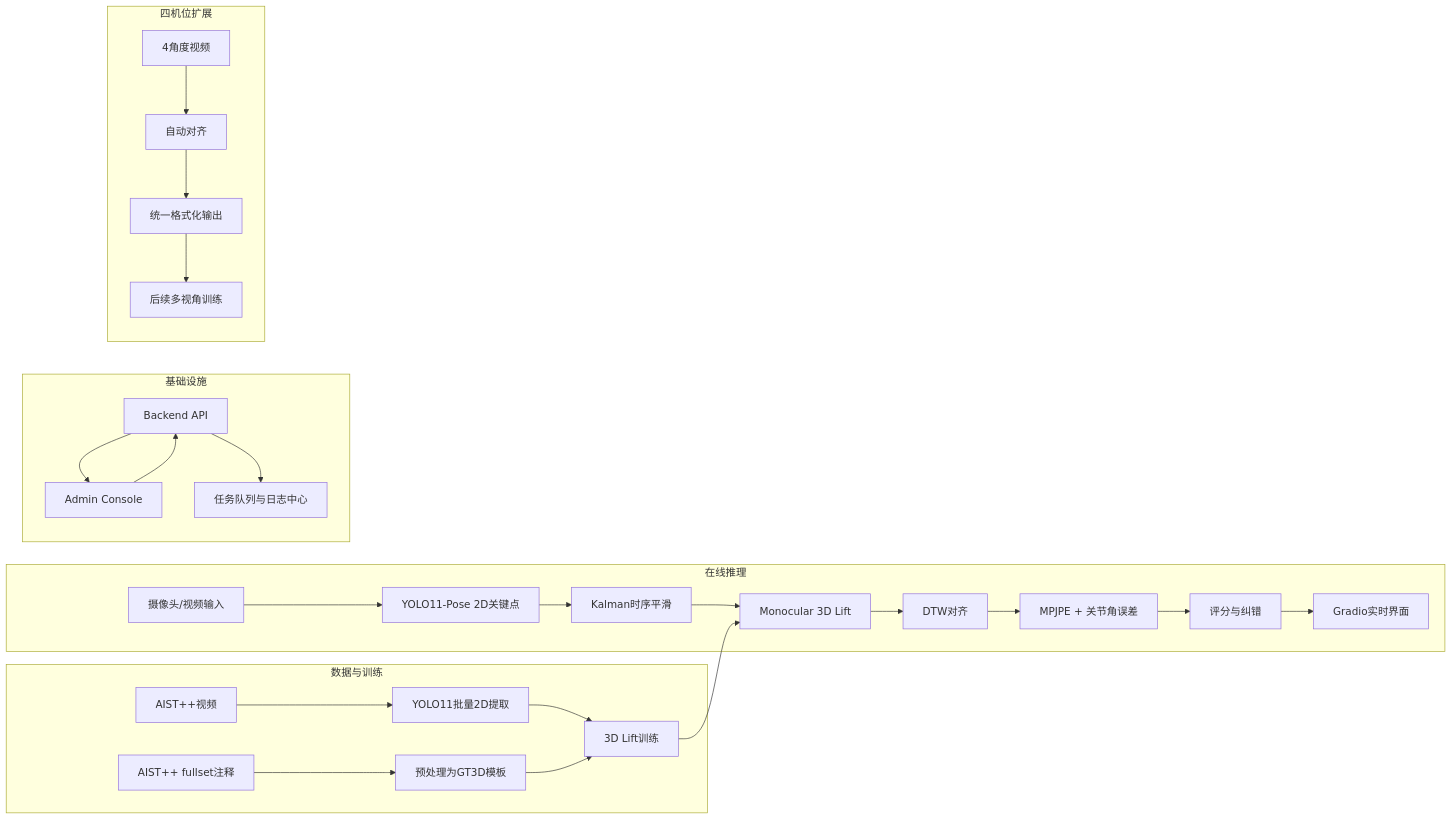
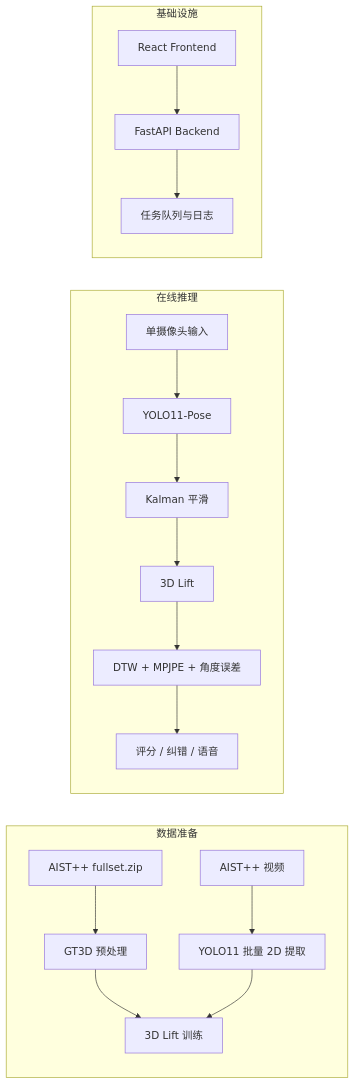
One commit to Fldicoahkiin/PoseMentor changed the diagram in README.md. Above: the diagram before and after it, drawn with Mermaid. The commit also changed other lines of this file and 4 other files, not shown here.

````diff
--- a/README.md
+++ b/README.md
@@ -20,32 +15,22 @@
 ```mermaid
 flowchart LR
-    subgraph Online[在线推理]
-        A[摄像头/视频输入] --> B[YOLO11-Pose 2D关键点]
-        B --> C[Kalman时序平滑]
-        C --> D[Monocular 3D Lift]
-        D --> E[DTW对齐]
-        E --> F[MPJPE + 关节角误差]
-        F --> G[评分与纠错]
-        G --> H[Gradio实时界面]
+    subgraph Data["数据准备"]
+        A["AIST++ fullset.zip"] --> B["GT3D 预处理"]
+        C["AIST++ 视频"] --> D["YOLO11 批量 2D 提取"]
+        B --> E["3D Lift 训练"]
+        D --> E
     end
 
-    subgraph Data[数据与训练]
-        I[AIST++ fullset注释] --> J[预处理为GT3D模板]
-        K[AIST++视频] --> L[YOLO11批量2D提取]
-        L --> M[3D Lift训练]
-        J --> M
-        M --> D
+    subgraph Online["在线推理"]
+        F["单摄像头输入"] --> G["YOLO11-Pose"]
+        G --> H["Kalman 平滑"]
+        H --> I["3D Lift"]
+        I --> J["DTW + MPJPE + 角度误差"]
+        J --> K["评分 / 纠错 / 语音"]
     end
 
-    subgraph Infra[基础设施]
-        N[Backend API] --> O[Admin Console]
-        N --> P[任务队列与日志中心]
-        O --> N
-    end
-
-    subgraph Future[四机位扩展]
-        Q[4角度视频] --> R[自动对齐]
-        R --> S[统一格式化输出]
-        S --> T[后续多视角训练]
+    subgraph Infra["基础设施"]
+        L["FastAPI Backend"] --> M["任务队列与日志"]
+        N["React Frontend"] --> L
     end
 ```
````
